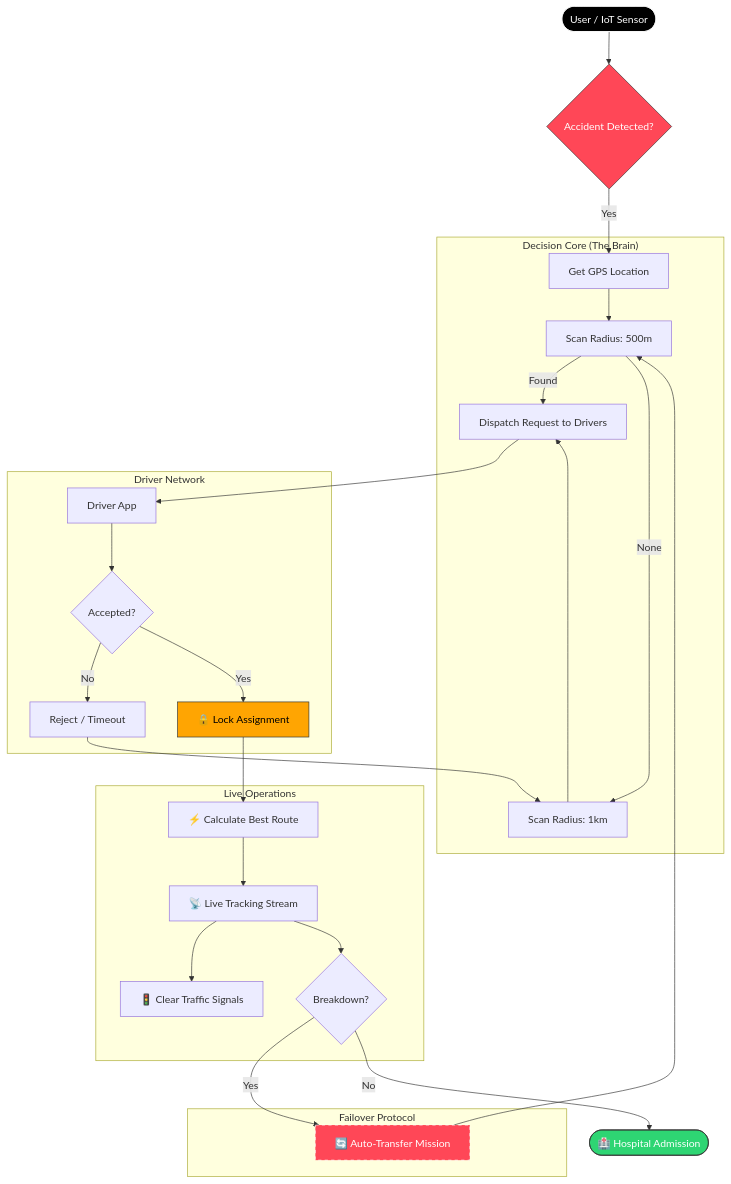
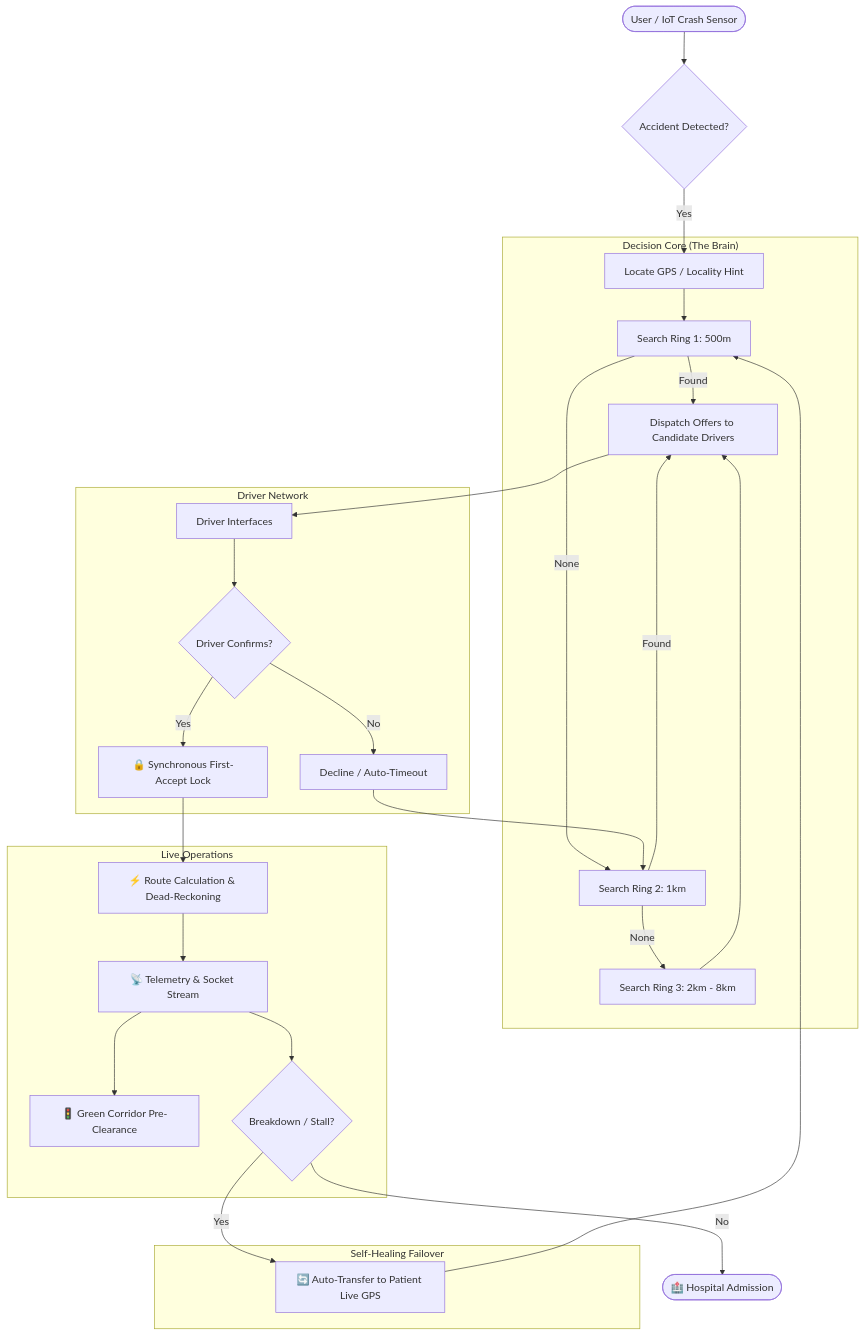
Before and after one commit to Ahad-Dngwala/SaHaay-2k26: the diagram in README.md, drawn with Mermaid. The commit also changed other lines of this file and 53 other files, not shown here.

First line of the commit message:
Build offline-first SaHaay dispatch prototype

````diff
--- a/README.md
+++ b/README.md
@@ -36,65 +34,61 @@
 ```mermaid
 graph TD
     %% Nodes
-    User([User / IoT Sensor])
+    User([User / IoT Crash Sensor])
     SOS_Btn{Accident Detected?}
     
     subgraph "Decision Core (The Brain)"
-        Locate[Get GPS Location]
-        Scan500[Scan Radius: 500m]
-        Scan1km[Scan Radius: 1km]
-        Dispatch[Dispatch Request to Drivers]
+        Locate[Locate GPS / Locality Hint]
+        Scan500[Search Ring 1: 500m]
+        Scan1km[Search Ring 2: 1km]
+        Scan2km[Search Ring 3: 2km - 8km]
+        Dispatch[Dispatch Offers to Candidate Drivers]
     end
 
     subgraph "Driver Network"
-        DriverMobile[Driver App]
-        Accept{Accepted?}
-        Lock[🔒 Lock Assignment]
-        Reject[Reject / Timeout]
+        DriverMobile[Driver Interfaces]
+        Accept{Driver Confirms?}
+        Lock[🔒 Synchronous First-Accept Lock]
+        Reject[Decline / Auto-Timeout]
     end
 
     subgraph "Live Operations"
-        Routing[⚡ Calculate Best Route]
-        Track[📡 Live Tracking Stream]
-        Traffic[🚦 Clear Traffic Signals]
-        Breakdown{Breakdown?}
+        Routing[⚡ Route Calculation & Dead-Reckoning]
+        Track[📡 Telemetry & Socket Stream]
+        Traffic[🚦 Green Corridor Pre-Clearance]
+        Breakdown{Breakdown / Stall?}
     end
 
-    subgraph "Failover Protocol"
-        Transfer[🔄 Auto-Transfer Mission]
+    subgraph "Self-Healing Failover"
+        Transfer[🔄 Auto-Transfer to Patient Live GPS]
     end
 
     Hospital([🏥 Hospital Admission])
 
     %% Flows
     User --> SOS_Btn
     SOS_Btn -- Yes --> Locate
     Locate --> Scan500
     Scan500 -- Found --> Dispatch
     Scan500 -- None --> Scan1km
-    Scan1km --> Dispatch
+    Scan1km -- Found --> Dispatch
+    Scan1km -- None --> Scan2km
+    Scan2km --> Dispatch
     
     Dispatch --> DriverMobile
     DriverMobile --> Accept
     
     Accept -- No --> Reject
     Reject --> Scan1km
     
     Accept -- Yes --> Lock
     Lock --> Routing
     Routing --> Track
     Track --> Traffic
     
     Track --> Breakdown
     Breakdown -- Yes --> Transfer
     Transfer --> Scan500
     
     Breakdown -- No --> Hospital
-    
-    %% Styles
-    style User fill:#000,stroke:#fff,color:#fff
-    style SOS_Btn fill:#ff4757,stroke:#333,color:#fff
-    style Hospital fill:#2ed573,stroke:#333,color:#fff
-    style Lock fill:#ffa502,stroke:#333,color:#000
-    style Transfer fill:#ff4757,stroke:#fff,color:#fff,stroke-dasharray: 5 5
 ```
````
